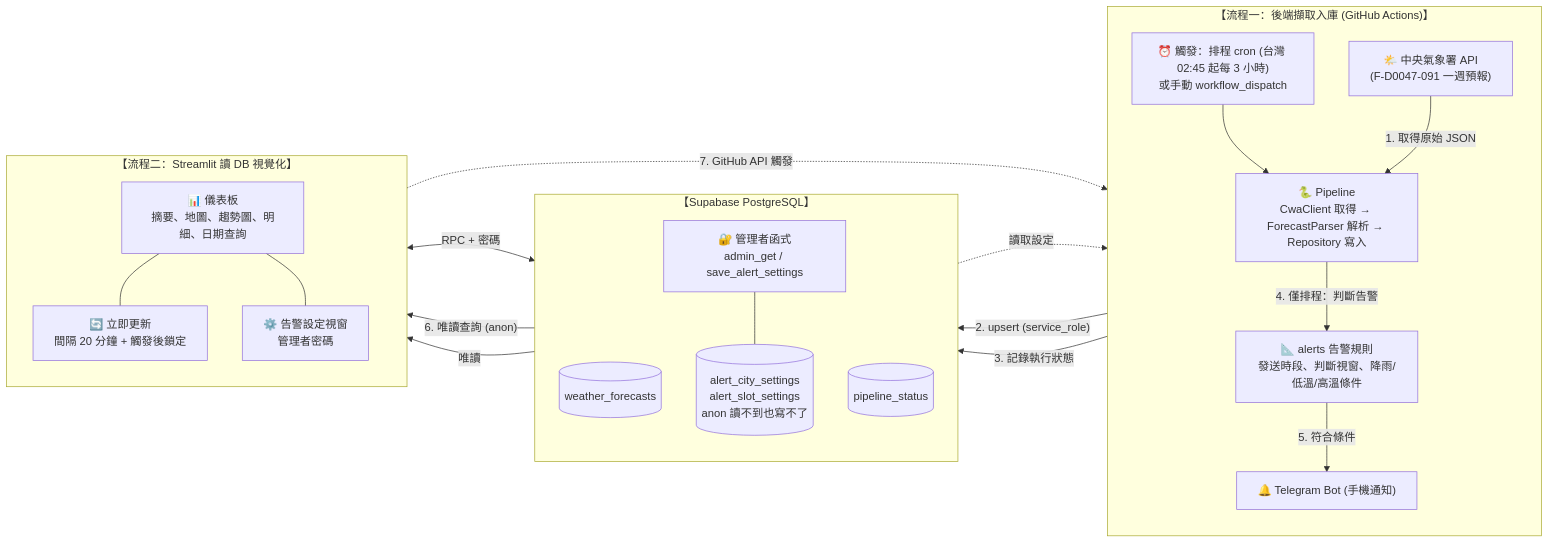
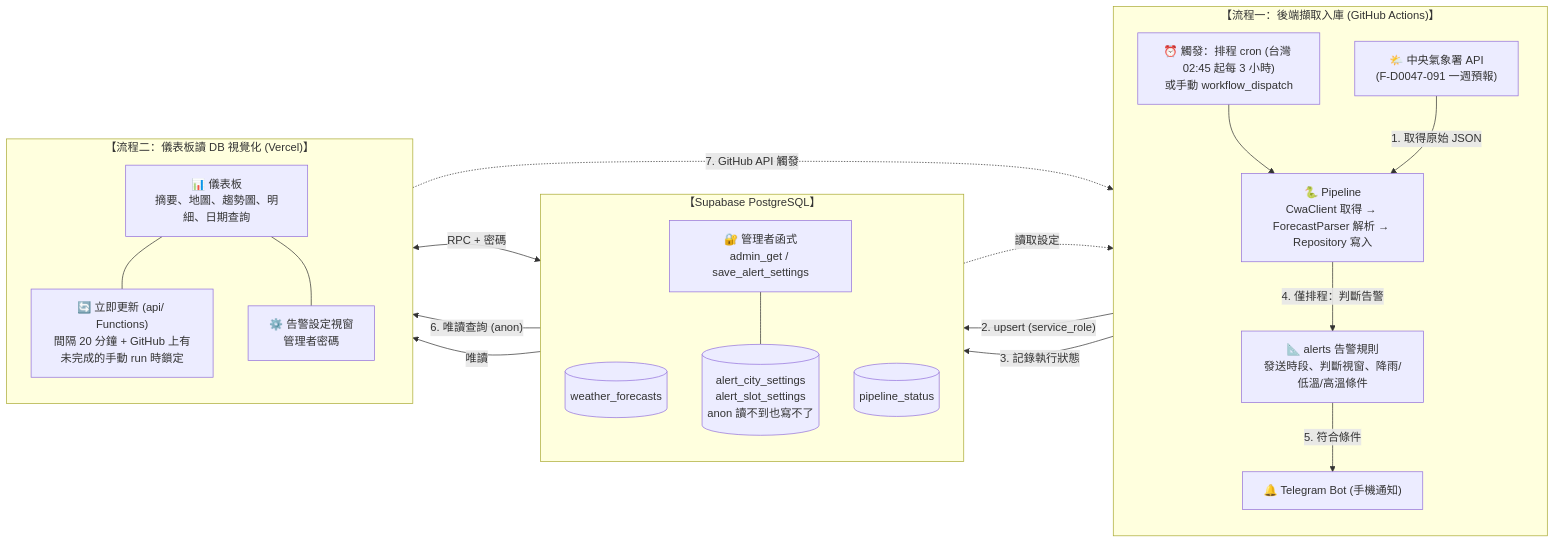
One commit to hobartXIII/tw_forecast changed the first of 2 diagrams in forecast/SPECIFICATION.md. Above: the diagram before and after it, drawn with Mermaid. The commit also changed other lines of this file and 50 other files, not shown here.

Commit message:
Vercel 前端階段 7：切換正式入口為 Vercel，刪除 main 上的 Streamlit 前端並更新文件（SPEC v2.0.0）

````diff
--- a/forecast/SPECIFICATION.md
+++ b/forecast/SPECIFICATION.md
@@ -64,52 +64,52 @@
 ```mermaid
 flowchart LR
     subgraph Stage1["【流程一：後端擷取入庫 (GitHub Actions)】"]
         direction TB
         Trigger["⏰ 觸發：排程 cron (台灣 02:45 起每 3 小時)
 或手動 workflow_dispatch"]
         CWA["🌤️ 中央氣象署 API
 (F-D0047-091 一週預報)"]
         Pipeline["🐍 Pipeline
 CwaClient 取得 → ForecastParser 解析 → Repository 寫入"]
         Alerts["📐 alerts 告警規則
 發送時段、判斷視窗、降雨/低溫/高溫條件"]
         Telegram["🔔 Telegram Bot (手機通知)"]
 
         Trigger --> Pipeline
         CWA -->|"1. 取得原始 JSON"| Pipeline
         Pipeline -->|"4. 僅排程：判斷告警"| Alerts
         Alerts -->|"5. 符合條件"| Telegram
     end
 
     subgraph DataStorage["【Supabase PostgreSQL】"]
         direction TB
         Forecasts[("weather_forecasts")]
         Status[("pipeline_status")]
         Settings[("alert_city_settings
 alert_slot_settings
 anon 讀不到也寫不了")]
         AdminFn["🔐 管理者函式
 admin_get / save_alert_settings"]
     end
 
-    subgraph Stage2["【流程二：Streamlit 讀 DB 視覺化】"]
+    subgraph Stage2["【流程二：儀表板讀 DB 視覺化 (Vercel)】"]
         direction TB
         Dashboard["📊 儀表板
 摘要、地圖、趨勢圖、明細、日期查詢"]
-        RefreshBtn["🔄 立即更新
-間隔 20 分鐘 + 觸發後鎖定"]
+        RefreshBtn["🔄 立即更新 (api/ Functions)
+間隔 20 分鐘 + GitHub 上有未完成的手動 run 時鎖定"]
         AdminPanel["⚙️ 告警設定視窗
 管理者密碼"]
     end
 
     Pipeline -->|"2. upsert (service_role)"| Forecasts
     Pipeline -->|"3. 記錄執行狀態"| Status
     Settings -.->|"讀取設定"| Alerts
     AdminFn --- Settings
     Forecasts -->|"6. 唯讀查詢 (anon)"| Dashboard
     Status -->|"唯讀"| Dashboard
     Dashboard --- RefreshBtn
     Dashboard --- AdminPanel
     RefreshBtn -.->|"7. GitHub API 觸發"| Trigger
     AdminPanel <-->|"RPC + 密碼"| AdminFn
 ```
````
